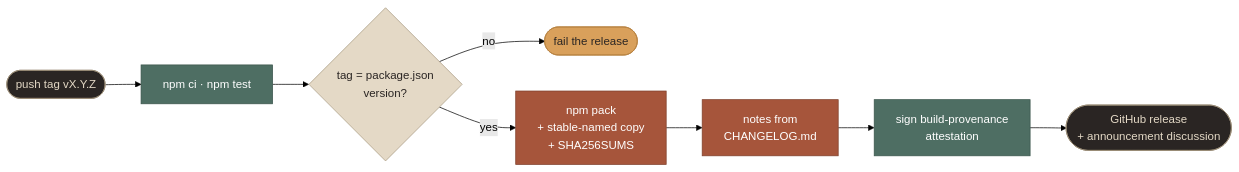
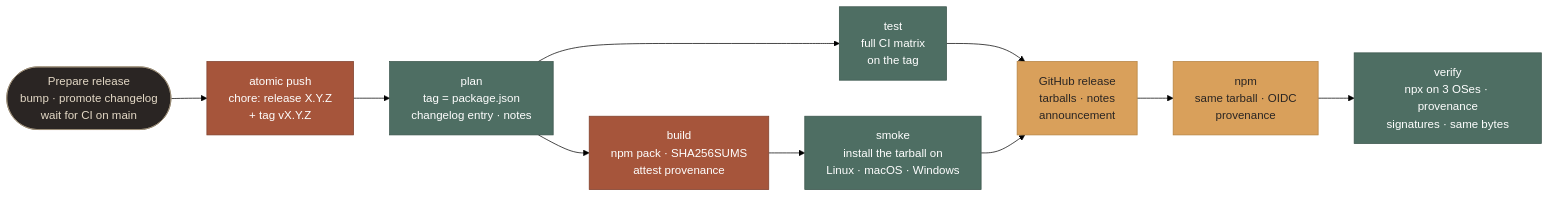
The second of 2 diagrams in docs/DEVELOPMENT.md (ShalomObongo/codex-imagegen-mcp), drawn with Mermaid (forest theme) before and after one commit. The commit also changed other lines of this file and 4 other files, not shown here.

````diff
--- a/docs/DEVELOPMENT.md
+++ b/docs/DEVELOPMENT.md
@@ -169,15 +189,16 @@
 ```mermaid
 flowchart LR
-    tag(["push tag vX.Y.Z"]):::ink --> test["npm ci · npm test"]:::teal
-    test --> check{"tag = package.json<br/>version?"}:::cream
-    check -- "no" --> fail(["fail the release"]):::ochre
-    check -- "yes" --> pack["npm pack<br/>+ stable-named copy<br/>+ SHA256SUMS"]:::rust
-    pack --> notes["notes from<br/>CHANGELOG.md"]:::rust
-    notes --> attest["sign build-provenance<br/>attestation"]:::teal
-    attest --> release(["GitHub release<br/>+ announcement discussion"]):::ink
+    prep(["Prepare release<br/>bump · promote changelog<br/>wait for CI on main"]):::ink --> push["atomic push<br/>chore: release X.Y.Z<br/>+ tag vX.Y.Z"]:::rust
+    push --> plan["plan<br/>tag = package.json<br/>changelog entry · notes"]:::teal
+    plan --> test["test<br/>full CI matrix<br/>on the tag"]:::teal
+    plan --> build["build<br/>npm pack · SHA256SUMS<br/>attest provenance"]:::rust
+    build --> smoke["smoke<br/>install the tarball on<br/>Linux · macOS · Windows"]:::teal
+    test --> gh["GitHub release<br/>tarballs · notes<br/>announcement"]:::ochre
+    smoke --> gh
+    gh --> npm["npm<br/>same tarball · OIDC<br/>provenance"]:::ochre
+    npm --> verify["verify<br/>npx on 3 OSes · provenance<br/>signatures · same bytes"]:::teal
     classDef ink fill:#2A2523,stroke:#9A8C76,color:#E4D9C6
     classDef rust fill:#A6553B,stroke:#7E3F2B,color:#FFFFFF
     classDef ochre fill:#D9A05B,stroke:#B5813F,color:#2A2523
     classDef teal fill:#4E6E63,stroke:#3A544B,color:#FFFFFF
-    classDef cream fill:#E4D9C6,stroke:#A89A80,color:#2A2523
 ```
````
